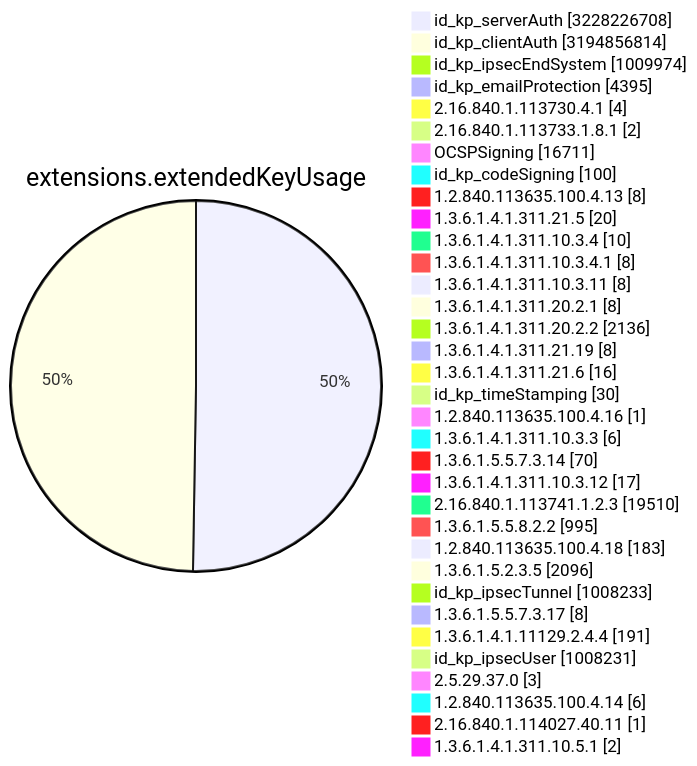
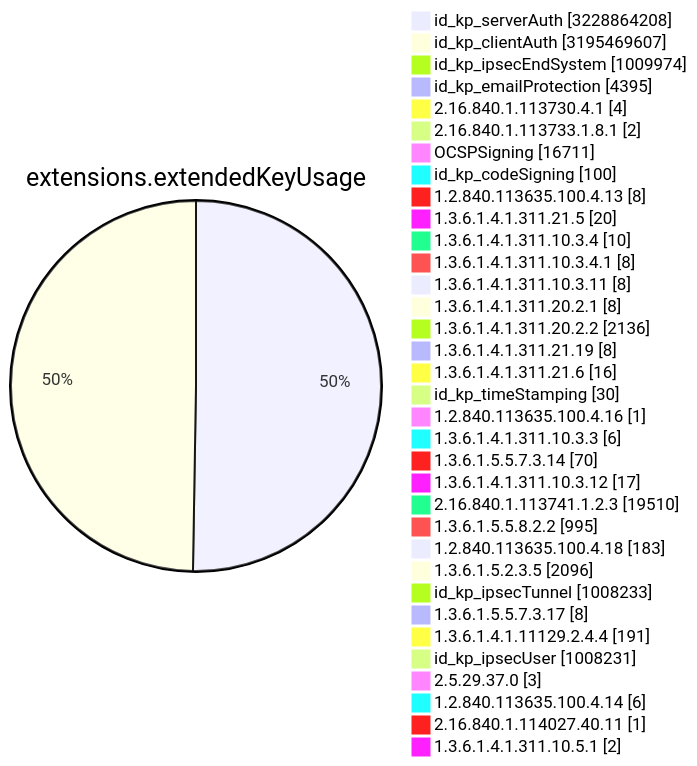
Diagram 11 of 15 in TOTAL/README.md (christiankrug/ctmonitor_visualization), drawn with Mermaid before and after one commit. The commit also changed other lines of this file, not shown here.

````diff
--- a/TOTAL/README.md
+++ b/TOTAL/README.md
@@ -4119,38 +4119,38 @@
 ```mermaid
 pie showData
 title extensions.extendedKeyUsage
-"id_kp_serverAuth" :3228226708
-"id_kp_clientAuth" :3194856814
+"id_kp_serverAuth" :3228864208
+"id_kp_clientAuth" :3195469607
 "id_kp_ipsecEndSystem" :1009974
 "id_kp_emailProtection" :4395
 "2.16.840.1.113730.4.1" :4
 "2.16.840.1.113733.1.8.1" :2
 "OCSPSigning" :16711
 "id_kp_codeSigning" :100
 "1.2.840.113635.100.4.13" :8
 "1.3.6.1.4.1.311.21.5" :20
 "1.3.6.1.4.1.311.10.3.4" :10
 "1.3.6.1.4.1.311.10.3.4.1" :8
 "1.3.6.1.4.1.311.10.3.11" :8
 "1.3.6.1.4.1.311.20.2.1" :8
 "1.3.6.1.4.1.311.20.2.2" :2136
 "1.3.6.1.4.1.311.21.19" :8
 "1.3.6.1.4.1.311.21.6" :16
 "id_kp_timeStamping" :30
 "1.2.840.113635.100.4.16" :1
 "1.3.6.1.4.1.311.10.3.3" :6
 "1.3.6.1.5.5.7.3.14" :70
 "1.3.6.1.4.1.311.10.3.12" :17
 "2.16.840.1.113741.1.2.3" :19510
 "1.3.6.1.5.5.8.2.2" :995
 "1.2.840.113635.100.4.18" :183
 "1.3.6.1.5.2.3.5" :2096
 "id_kp_ipsecTunnel" :1008233
 "1.3.6.1.5.5.7.3.17" :8
 "1.3.6.1.4.1.11129.2.4.4" :191
 "id_kp_ipsecUser" :1008231
 "2.5.29.37.0" :3
 "1.2.840.113635.100.4.14" :6
 "2.16.840.1.114027.40.11" :1
 "1.3.6.1.4.1.311.10.5.1" :2
 ```
````
